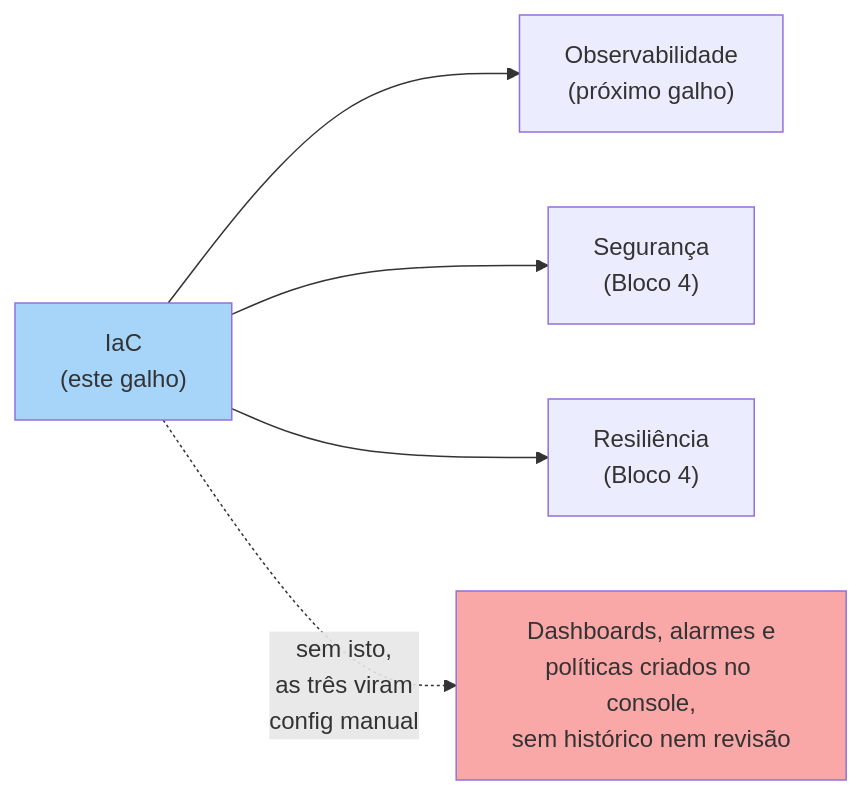
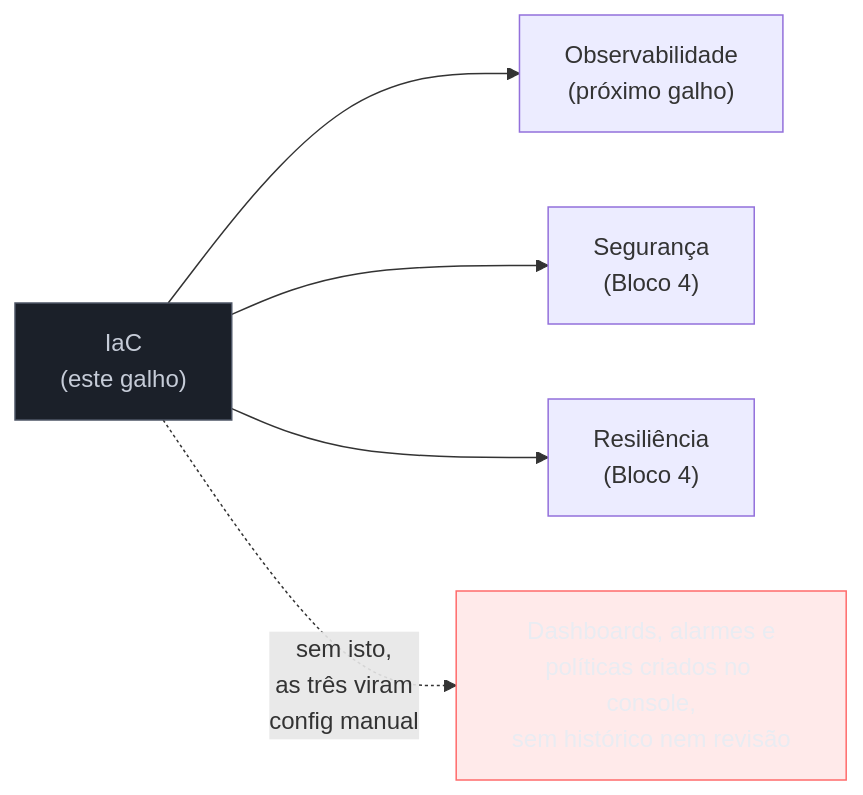
The fourth of 4 diagrams in 03-Dominios/Tecnologia/Cloud/16 - Infrastructure as Code/06 - Escolher e operar IaC (capstone).md (josenaldo/codex-technomanticus), drawn with Mermaid before and after one commit. The commit also changed other lines of this file and 1181 other files, not shown here.

First line of the commit message:
fix(diagramas): paleta do sistema no lugar de cor cravada no markdown

````diff
--- a/03-Dominios/Tecnologia/Cloud/16 - Infrastructure as Code/06 - Escolher e operar IaC (capstone).md
+++ b/03-Dominios/Tecnologia/Cloud/16 - Infrastructure as Code/06 - Escolher e operar IaC (capstone).md
@@ -312,11 +319,13 @@
 ```mermaid
 flowchart LR
+    classDef neutro fill:#1B2029,stroke:#4E5666,color:#C6CCD8
+    classDef falha fill:#FF6B6B24,stroke:#FF6B6B,color:#E9ECF2
     IaC["IaC\n(este galho)"] --> Obs["Observabilidade\n(próximo galho)"]
     IaC --> Sec["Segurança\n(Bloco 4)"]
     IaC --> Res["Resiliência\n(Bloco 4)"]
 
     IaC -.->|"sem isto,\nas três viram\nconfig manual"| Manual["Dashboards, alarmes e\npolíticas criados no console,\nsem histórico nem revisão"]
 
-    style IaC fill:#a7d5f9
-    style Manual fill:#f9a7a7
+    class IaC neutro
+    class Manual falha
 ```
````
